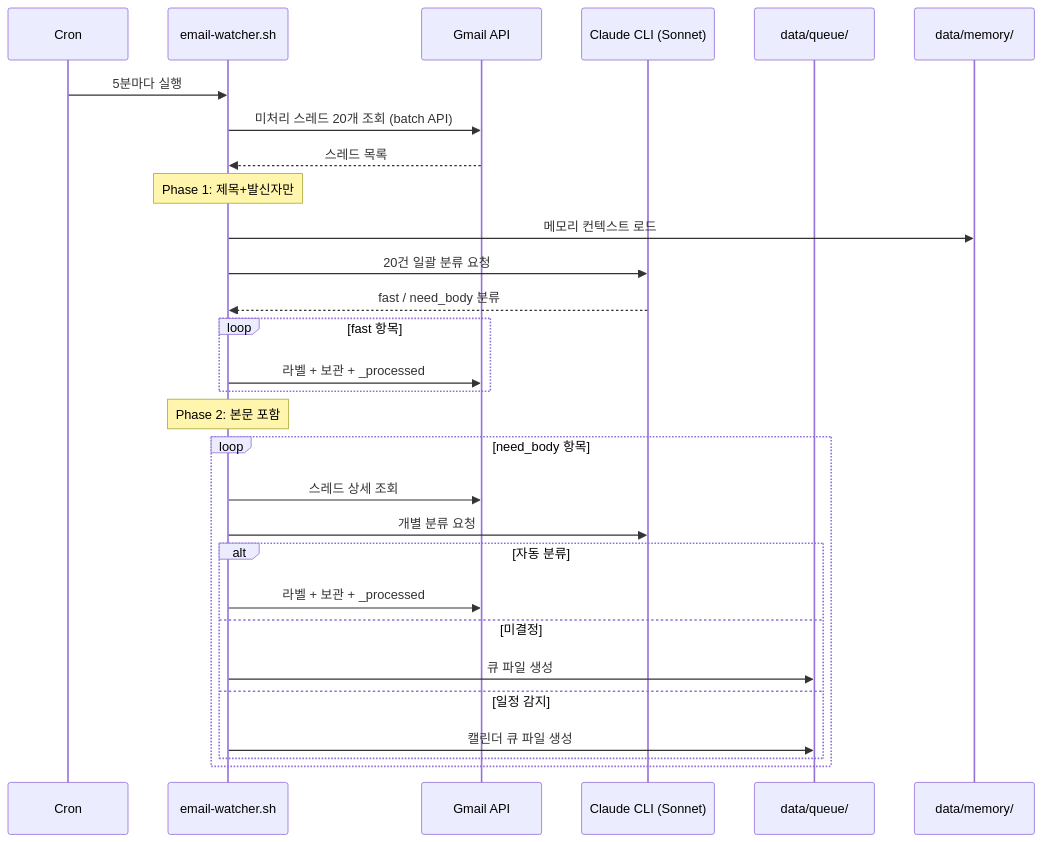
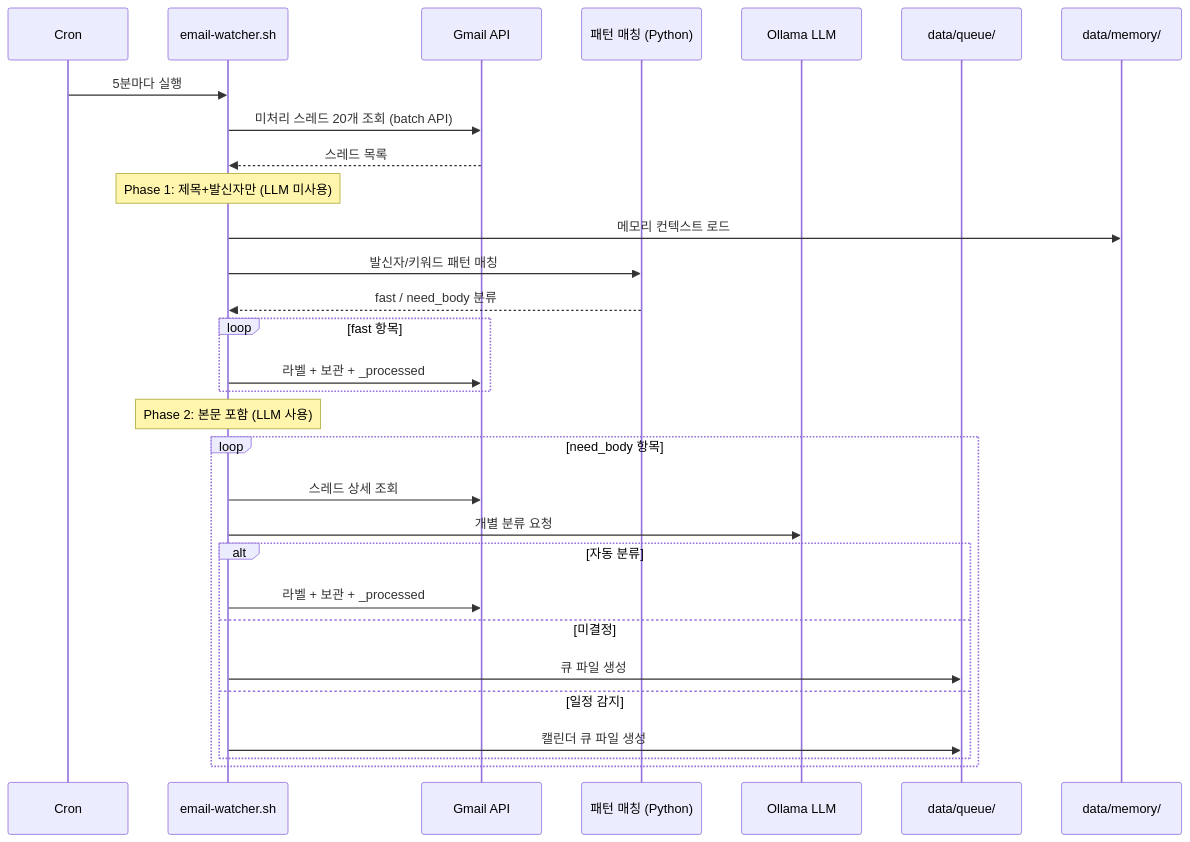
Before and after one commit to realcoding2003/gmail-calendar-organizer: the second of 4 diagrams in docs/architecture.md, drawn with Mermaid. The commit also changed other lines of this file and 3 other files, not shown here.

First line of the commit message:
docs: Claude CLI 참조 제거, Ollama 로컬 LLM 기반으로 문서 전면 개편

````diff
--- a/docs/architecture.md
+++ b/docs/architecture.md
@@ -70,35 +73,36 @@
 ```mermaid
 sequenceDiagram
     participant Cron
     participant Watcher as email-watcher.sh
     participant Gmail as Gmail API
-    participant Claude as Claude CLI (Sonnet)
+    participant Matcher as 패턴 매칭 (Python)
+    participant LLM as Ollama LLM
     participant Queue as data/queue/
     participant Memory as data/memory/
 
     Cron->>Watcher: 5분마다 실행
     Watcher->>Gmail: 미처리 스레드 20개 조회 (batch API)
     Gmail-->>Watcher: 스레드 목록
 
-    Note over Watcher: Phase 1: 제목+발신자만
+    Note over Watcher: Phase 1: 제목+발신자만 (LLM 미사용)
     Watcher->>Memory: 메모리 컨텍스트 로드
-    Watcher->>Claude: 20건 일괄 분류 요청
-    Claude-->>Watcher: fast / need_body 분류
+    Watcher->>Matcher: 발신자/키워드 패턴 매칭
+    Matcher-->>Watcher: fast / need_body 분류
 
     loop fast 항목
         Watcher->>Gmail: 라벨 + 보관 + _processed
     end
 
-    Note over Watcher: Phase 2: 본문 포함
+    Note over Watcher: Phase 2: 본문 포함 (LLM 사용)
     loop need_body 항목
         Watcher->>Gmail: 스레드 상세 조회
-        Watcher->>Claude: 개별 분류 요청
+        Watcher->>LLM: 개별 분류 요청
         alt 자동 분류
             Watcher->>Gmail: 라벨 + 보관 + _processed
         else 미결정
             Watcher->>Queue: 큐 파일 생성
         else 일정 감지
             Watcher->>Queue: 캘린더 큐 파일 생성
         end
     end
 ```
````
